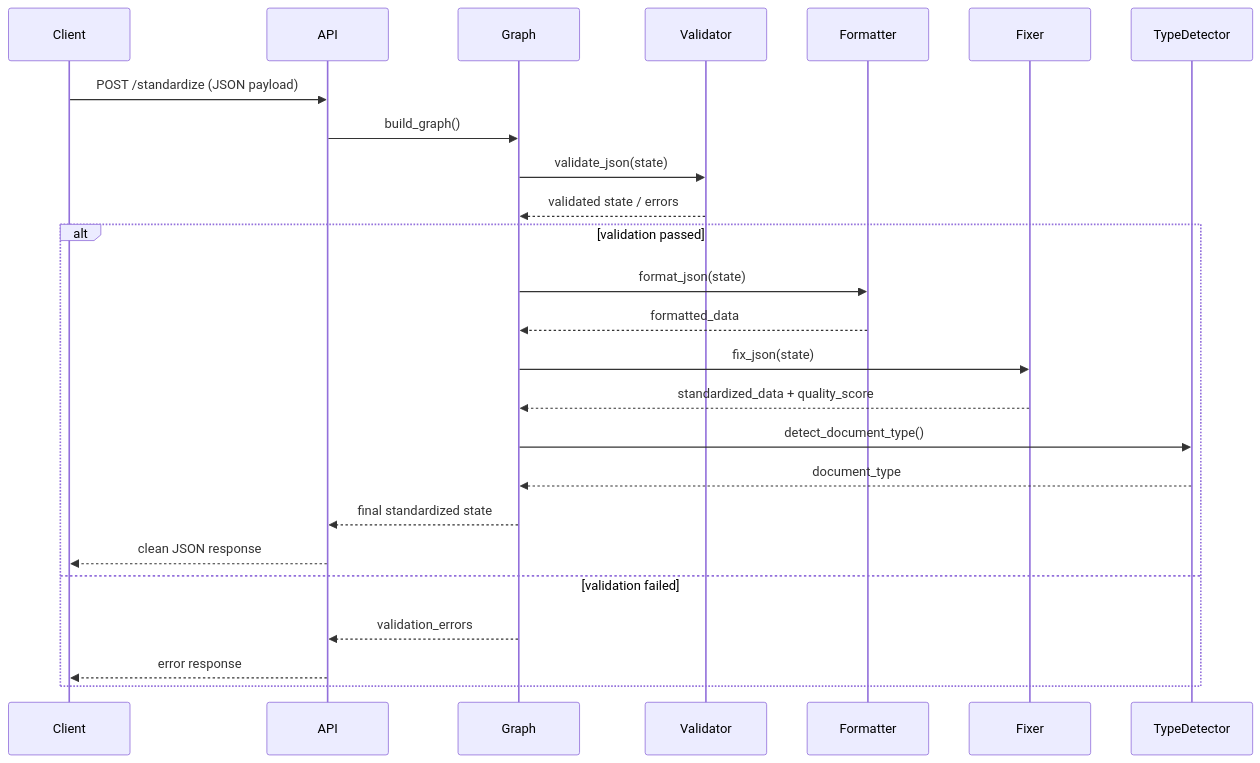
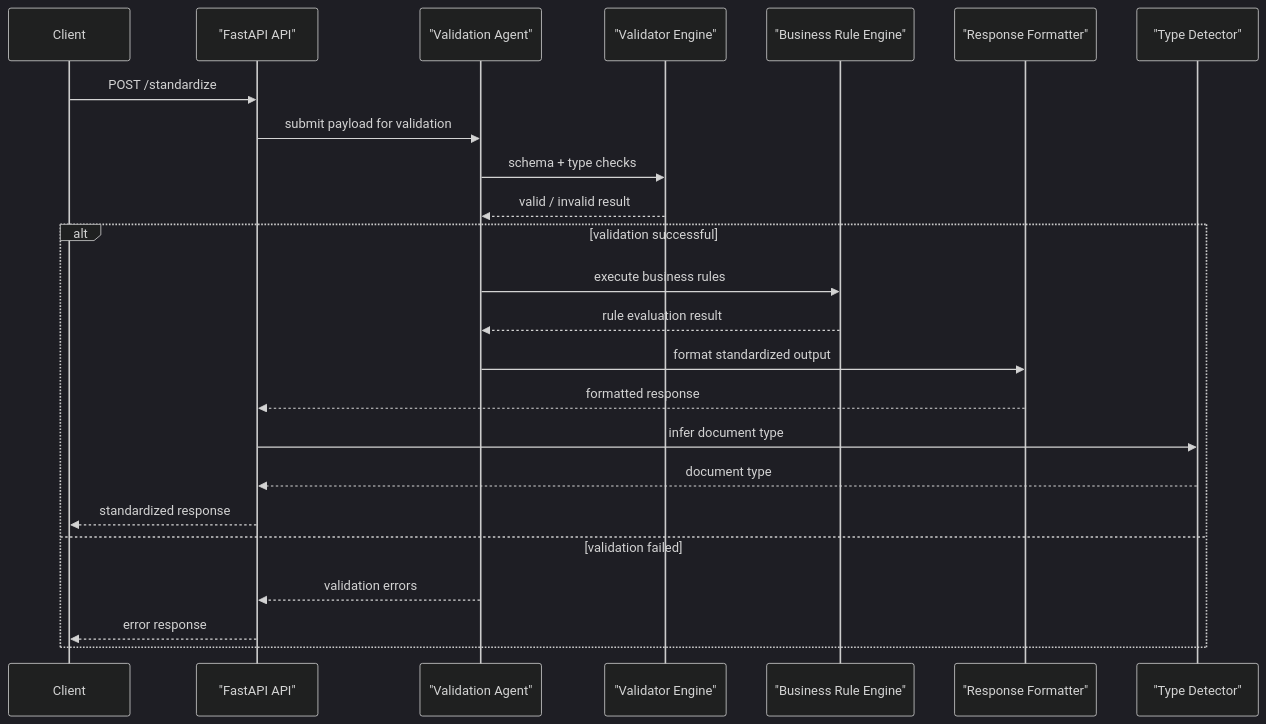
The diagram in docs/sequence-diagram.md (dharshini-aiml/ai_standardizer), drawn with Mermaid before and after one commit. The commit also changed 4 other files, not shown here.

Commit message:
Updated colorful diagrams and validation screenshots

````diff
--- a/docs/sequence-diagram.md
+++ b/docs/sequence-diagram.md
@@ -3,34 +3,29 @@
 ```mermaid
+%%{init: {'theme':'dark'}}%%
 sequenceDiagram
     participant Client
-    participant API
-    participant Graph
-    participant Validator
-    participant Formatter
-    participant Fixer
-    participant TypeDetector
+    participant FastAPI as "FastAPI API"
+    participant ValidationAgent as "Validation Agent"
+    participant ValidatorEngine as "Validator Engine"
+    participant BusinessRuleEngine as "Business Rule Engine"
+    participant ResponseFormatter as "Response Formatter"
+    participant TypeDetector as "Type Detector"
 
-    Client->>API: POST /standardize (JSON payload)
-    API->>Graph: build_graph()
+    Client->>FastAPI: POST /standardize
+    FastAPI->>ValidationAgent: submit payload for validation
+    ValidationAgent->>ValidatorEngine: schema + type checks
+    ValidatorEngine-->>ValidationAgent: valid / invalid result
 
-    Graph->>Validator: validate_json(state)
-    Validator-->>Graph: validated state / errors
-
-    alt validation passed
-        Graph->>Formatter: format_json(state)
-        Formatter-->>Graph: formatted_data
-
-        Graph->>Fixer: fix_json(state)
-        Fixer-->>Graph: standardized_data + quality_score
-
-        Graph->>TypeDetector: detect_document_type()
-        TypeDetector-->>Graph: document_type
-
-        Graph-->>API: final standardized state
-        API-->>Client: clean JSON response
-
+    alt validation successful
+        ValidationAgent->>BusinessRuleEngine: execute business rules
+        BusinessRuleEngine-->>ValidationAgent: rule evaluation result
+        ValidationAgent->>ResponseFormatter: format standardized output
+        ResponseFormatter-->>FastAPI: formatted response
+        FastAPI->>TypeDetector: infer document type
+        TypeDetector-->>FastAPI: document type
+        FastAPI-->>Client: standardized response
     else validation failed
-        Graph-->>API: validation_errors
-        API-->>Client: error response
+        ValidationAgent-->>FastAPI: validation errors
+        FastAPI-->>Client: error response
     end
 ```
````
